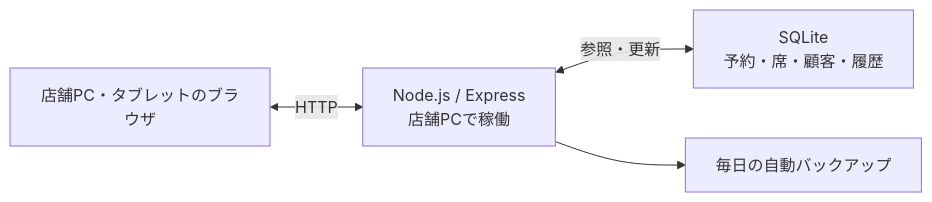
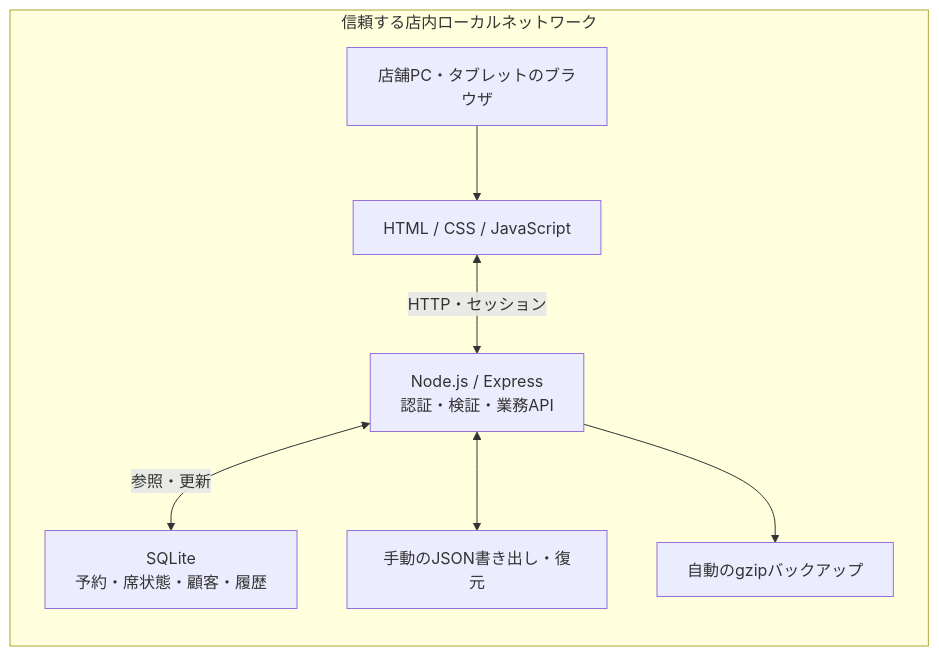
Before and after one commit to rei-ito-cs/nishi-board-portfolio: the diagram in README.md, drawn with Mermaid.

Commit message:
構成図を描画実績のあるmermaid記法に戻す
簡略化した図がGitHub上で Unable to render rich display になるため、以前から描画されていた構成図の記法へ戻した。

````diff
--- a/README.md
+++ b/README.md
@@ -50,10 +50,16 @@
 ```mermaid
 flowchart LR
-  B["店舗PC・タブレットのブラウザ"]
-  S["Node.js / Express<br/>店舗PCで稼働"]
-  D["SQLite<br/>予約・席・顧客・履歴"]
-  G["毎日の自動バックアップ"]
-  B <-->|"HTTP"| S
-  S <-->|"参照・更新"| D
-  S --> G
+  subgraph LAN["信頼する店内ローカルネットワーク"]
+    B["店舗PC・タブレットのブラウザ"]
+    F["HTML / CSS / JavaScript"]
+    S["Node.js / Express<br/>認証・検証・業務API"]
+    D["SQLite<br/>予約・席状態・顧客・履歴"]
+    J["手動のJSON書き出し・復元"]
+    G["自動のgzipバックアップ"]
+    B --> F
+    F <-->|"HTTP・セッション"| S
+    S <-->|"参照・更新"| D
+    S <--> J
+    S --> G
+  end
 ```
````
